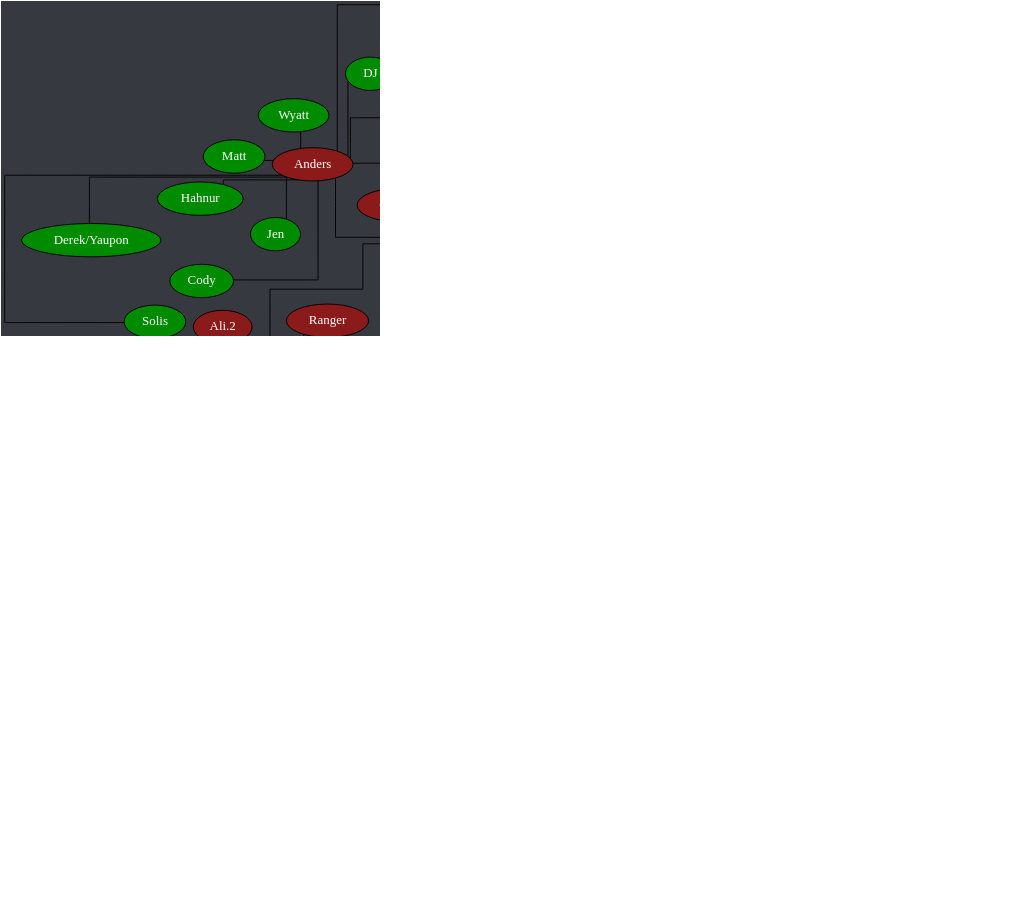
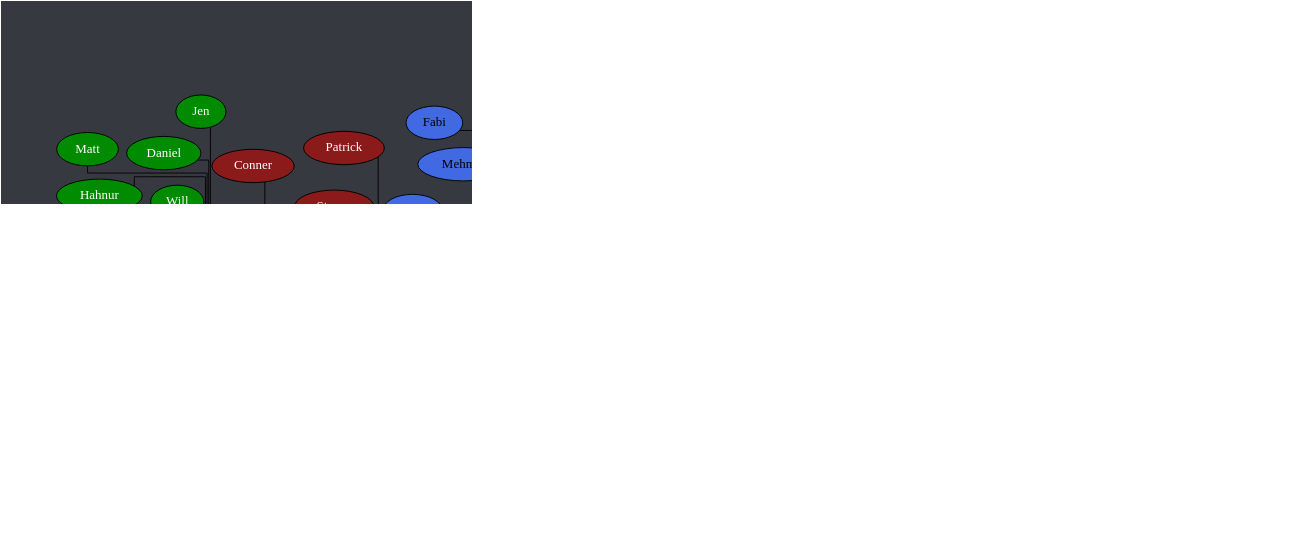
One commit to Documidas/CoronaCatzFamilyTree changed the diagram in tree.dot. Above: the diagram before and after it, drawn with Graphviz. The commit also changed 1 other file, not shown here.

Commit message:
Re-re-re-re-re-re-add Tyler

```diff
--- a/tree.dot
+++ b/tree.dot
@@ -1,158 +1,159 @@
 strict graph {
 	// Layout Configuration
 	layout = neato;
 	dpi = 200;
 	epsilon = 0.01;
 	mode = major;
 	model = subset;
 	overlap = false;
 	splines = ortho;
 	start = rand;
 
 	// Visual Configuration
 	graph [ truecolor=true bgcolor="#36393f" ];
 	node [ style=filled fillcolor="gray" fontcolor="black" ];
 
 	subgraph "Joel" {
 		node [ style=filled fillcolor="firebrick4" fontcolor="white" ];
 		Joel [ style=filled fillcolor="gold" fontcolor="black" ];
 
 		Cayla -- "Ali.2";
 		Cayla -- Jonathan;
 		Cayla -- Kate;
 		Cayla -- Ranger;
 		Joel -- Anders;
 		Joel -- Cayla;
 		Joel -- Conner;
 		Joel -- Jared;
 		Joel -- Kat;
 		Joel -- Patrick;
 		Joel -- Steven;
 		Joel -- Zach;
 	}
 
 	subgraph "Anders" {
 		node [ style=filled fillcolor="green4" fontcolor="white" ];
 		// Anders [ style=filled fillcolor="green4" fontcolor="white" ];
 
 		Anders -- Chiara;
 		Anders -- Cody;
 		Anders -- Daniel;
 		Anders -- "Derek/Yaupon";
 		Anders -- DJ;
 		Anders -- Hahnur;
 		Anders -- Jen;
 		Anders -- Matt;
 		Anders -- Solis;
 		Anders -- Will;
 		Anders -- Wyatt;
 	}
 
 	subgraph "Jared" {
 		node [ style=filled fillcolor="royalblue" fontcolor="black" ];
 		// Jared [ style=filled fillcolor="royalblue" fontcolor="black" ];
 
 		Andrew -- Hannah;
 		Dave -- Everett;
 		Donnie -- Bryan;
 		Donnie -- Troy;
 		Greg -- "Ali.1";
 		Greg -- Andrew;
 		Hannah -- Logan;
 		Isaiah -- "Jack.2";
 		Jared -- Brandi;
 		Jared -- Dave;
 		Jared -- Donnie;
 		Jared -- Fabi;
-		Jared -- Gaby;
+		Jared -- Tyler;
 		Jared -- Greg;
 		Jared -- Isabelle;
 		Jared -- Mason;
 		Jared -- Mehmet;
 		Jared -- Nam;
 		Jared -- Rin;
 		Jared -- Spencer;
 		Jared -- "Zach/Laniakea";
 		Jared -- "Zöe";
 		Logan -- Raana;
 		Rin -- Isaiah;
 		Troy -- Drake;
+		Tyler -- Gaby;
 	}
 
 	subgraph "Zach/Laniakea" {
 		node [ style=filled fillcolor="#4eff2c" fontcolor="black" ];
 		// "Zach/Laniakea" [ style=filled fillcolor="#4eff2c" fontcolor="black" ];
 
 		"Caio.2" -- "Kyle.1";
 		"Caio.2" -- Lucas;
 		"Zach/Laniakea" -- Allen;
 		"Zach/Laniakea" -- "Caio.2";
 		"Zach/Laniakea" -- Colin;
 		"Zach/Laniakea" -- John;
 		"Zach/Laniakea" -- Kevin;
 		"Zach/Laniakea" -- "Kyle.0";
 		"Zach/Laniakea" -- Mike;
 		"Zach/Laniakea" -- "Ryan.1";
 	}
 
 	subgraph "John" {
 		node [ style=filled fillcolor="#c89b3c" fontcolor="black" ];
 		// John [ style=filled fillcolor="#c89b3c" fontcolor="black" ];
 
 		Haber -- "Derek/Nomad";
 		John -- Anna;
 		John -- Emily;
 		John -- Haber;
 		John -- Jay;
 		John -- Jack;
 		John -- Lara;
 		John -- Monarch;
 		John -- "Oliger/Leanza";
 		John -- Thomas;
 	}
 
 	subgraph "John-stream" {
 		// node [ style=filled fillcolor="#9147ff" fontcolor="black" ];
 		node [ style=filled fillcolor="#c89b3c" fontcolor="black" ];
 
 		John -- "Michael/Wheezy";
 	}
 
 	subgraph "Thomas" {
 		node [ style=filled fillcolor="#b04900" fontcolor="black" ];
 		// Thomas [ style=filled fillcolor="#b04900" fontcolor="black" ];
 
 		Thomas -- Alex;
 		Thomas -- JD;
 		Thomas -- Josh;
 		Thomas -- Juan;
 		Thomas -- Taylor;
 		Thomas -- Tony;
 		Thomas -- Travis;
 	}
 
 	subgraph "Alex" {
 		node [ style=filled fillcolor="#6f2da8" fontcolor="white" ];
 		// Alex [ style=filled fillcolor="#6f2da8" fontcolor="black" ];
 
 		Alex -- "Alex/Blitt";
 		Alex -- "Da'Von";
 		Alex -- Sam;
 		"Alex/Blitt" -- Alan;
 		"Alex/Blitt" -- "Alex the 3rd";
 		"Alex/Blitt" -- Brian;
 		"Alex/Blitt" -- Carlos;
 		"Alex/Blitt" -- Chris;
 		"Alex/Blitt" -- Frank;
 		"Alex/Blitt" -- Gabe;
 		"Alex/Blitt" -- "Kyle.3";
 		"Alex/Blitt" -- "Ryan.2";
 		"Da'Von" -- Dalton;
 		"Da'Von" -- Kuri;
 		"Da'Von" -- Zellar;
 		Dalton -- Graysen;
 		Kuri -- Drew;
 		Kuri -- Jon;
 		Kuri -- Karma;
 	}
 }
```
